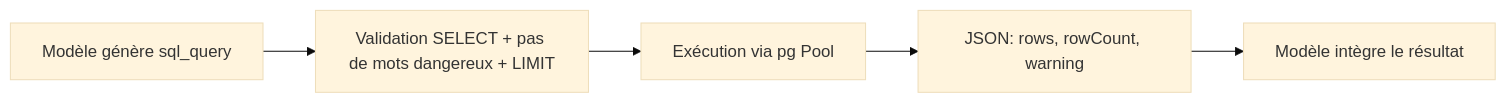
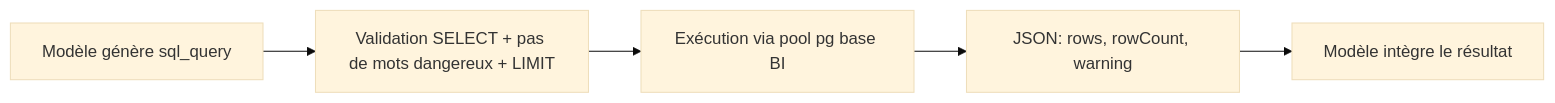
One commit to arnaud878/agent_ia changed the second of 2 diagrams in AGENT-IA.md. Above: the diagram before and after it, drawn with Mermaid (base theme). The commit also changed other lines of this file and 13 other files, not shown here.

````diff
--- a/AGENT-IA.md
+++ b/AGENT-IA.md
@@ -121,7 +121,7 @@
 ```mermaid
 flowchart LR
   S[Modèle génère sql_query] --> V[Validation SELECT + pas de mots dangereux + LIMIT]
-  V --> P[Exécution via pg Pool]
+  V --> P[Exécution via pool pg base BI]
   P --> R[JSON: rows, rowCount, warning]
   R --> S2[Modèle intègre le résultat]
 ```
````
